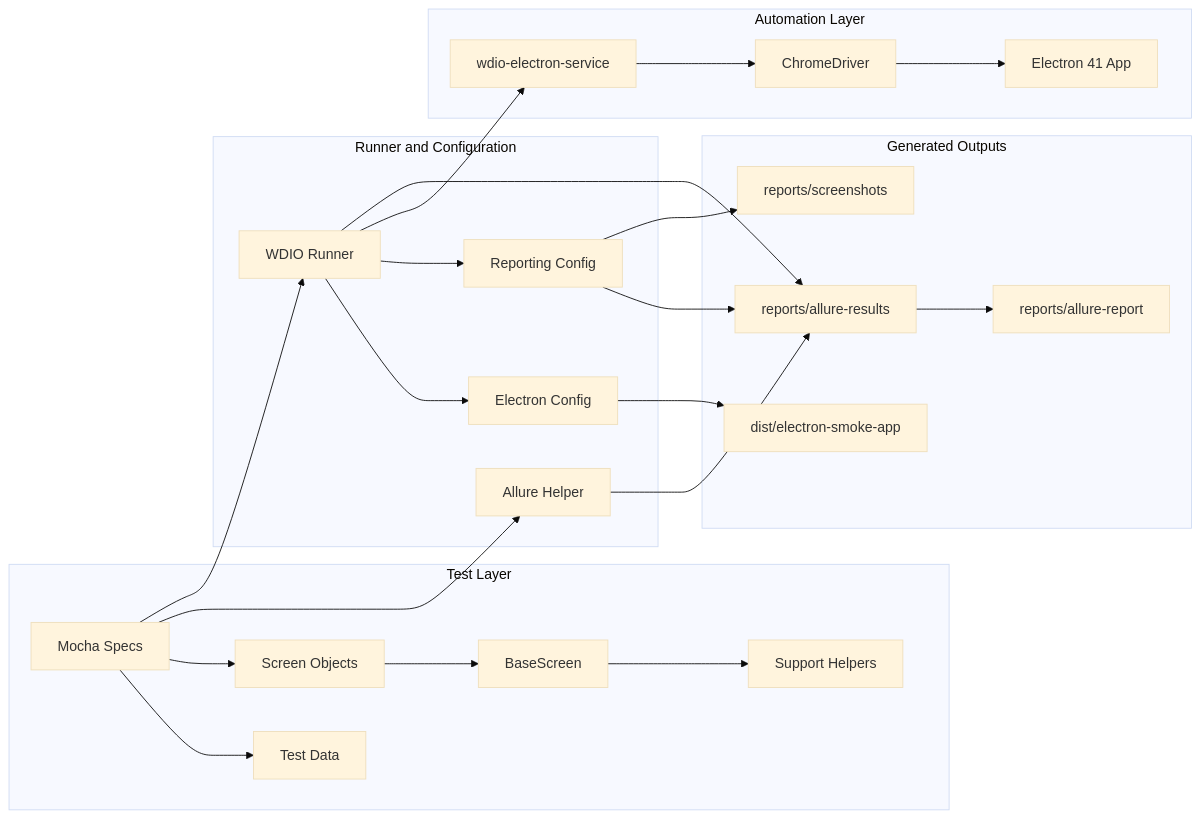
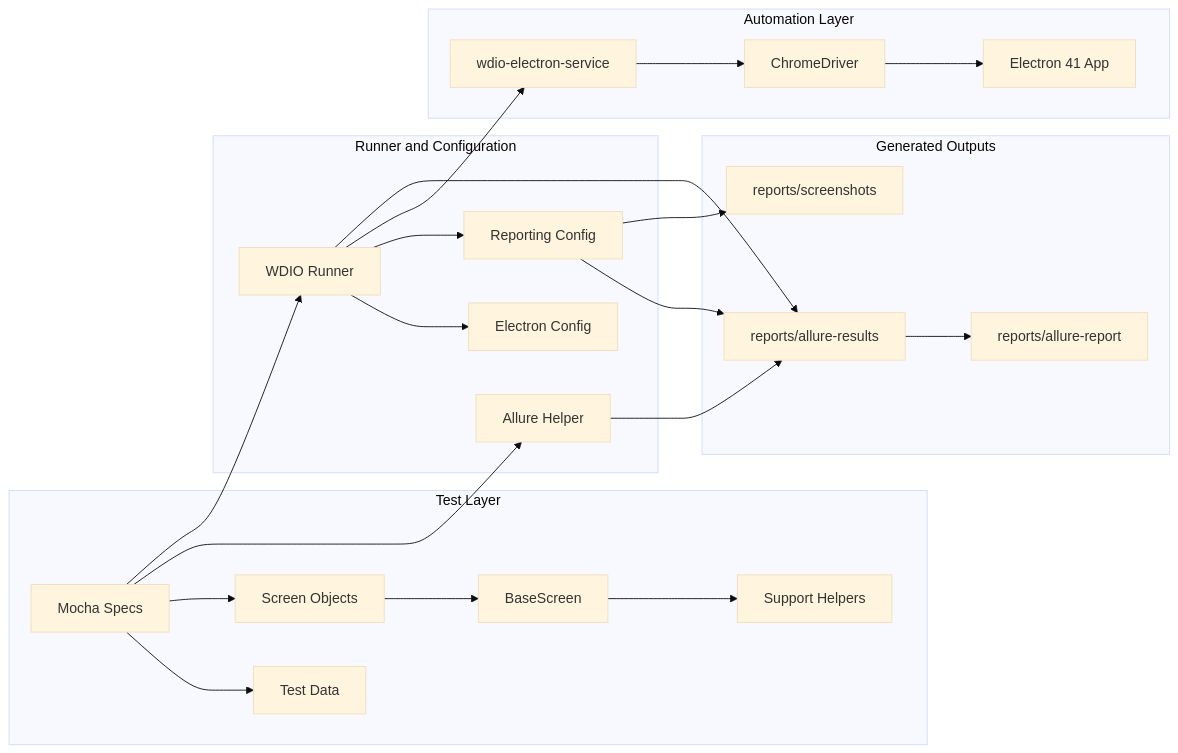
One commit to bek4466/WDIO-electron-framework changed the first of 6 diagrams in docs/confluence/architecture-diagrams.md. Above: the diagram before and after it, drawn with Mermaid (base theme). The commit also changed other lines of this file and 19 other files, not shown here.

Commit message:
Remove mock Electron app assets

````diff
--- a/docs/confluence/architecture-diagrams.md
+++ b/docs/confluence/architecture-diagrams.md
@@ -7,48 +7,46 @@
 ```mermaid
 flowchart LR
   subgraph TestLayer["Test Layer"]
     Specs["Mocha Specs"]
     TestData["Test Data"]
     Screens["Screen Objects"]
     BaseScreen["BaseScreen"]
     Support["Support Helpers"]
   end
 
   subgraph RunnerLayer["Runner and Configuration"]
     WDIO["WDIO Runner"]
     ElectronConfig["Electron Config"]
     ReportingConfig["Reporting Config"]
     AllureHelper["Allure Helper"]
   end
 
   subgraph AutomationLayer["Automation Layer"]
     ElectronService["wdio-electron-service"]
     ChromeDriver["ChromeDriver"]
     ElectronApp["Electron 41 App"]
   end
 
   subgraph Outputs["Generated Outputs"]
     AllureResults["reports/allure-results"]
     AllureReport["reports/allure-report"]
     Screenshots["reports/screenshots"]
-    Dist["dist/electron-smoke-app"]
   end
 
   Specs --> TestData
   Specs --> Screens
   Specs --> AllureHelper
   Screens --> BaseScreen
   BaseScreen --> Support
   Specs --> WDIO
   WDIO --> ElectronConfig
   WDIO --> ReportingConfig
   WDIO --> ElectronService
   ElectronService --> ChromeDriver
   ChromeDriver --> ElectronApp
   AllureHelper --> AllureResults
   ReportingConfig --> AllureResults
   ReportingConfig --> Screenshots
   WDIO --> AllureResults
   AllureResults --> AllureReport
-  ElectronConfig --> Dist
 ```
````
